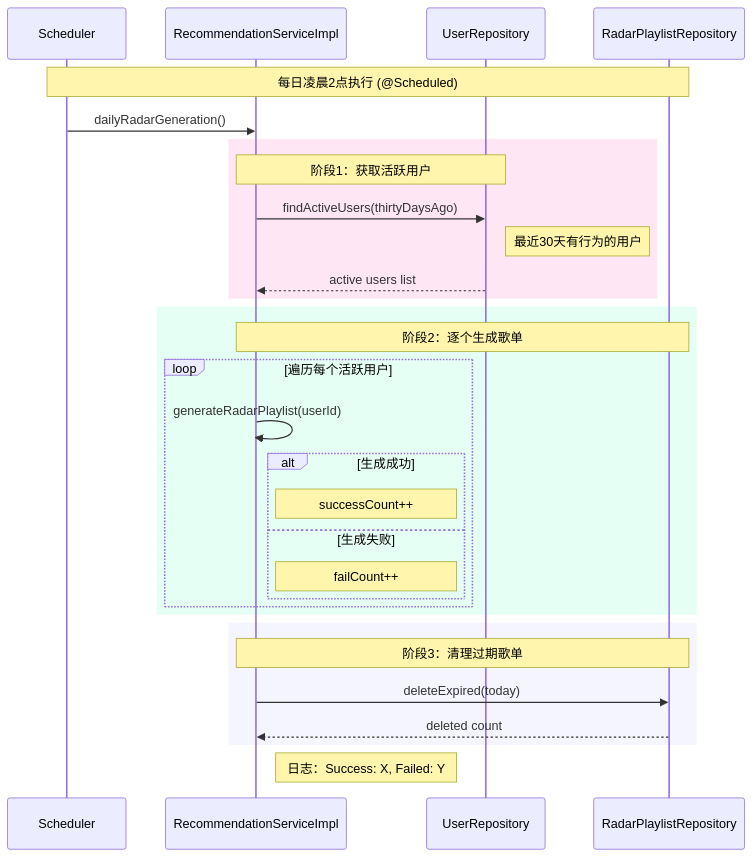
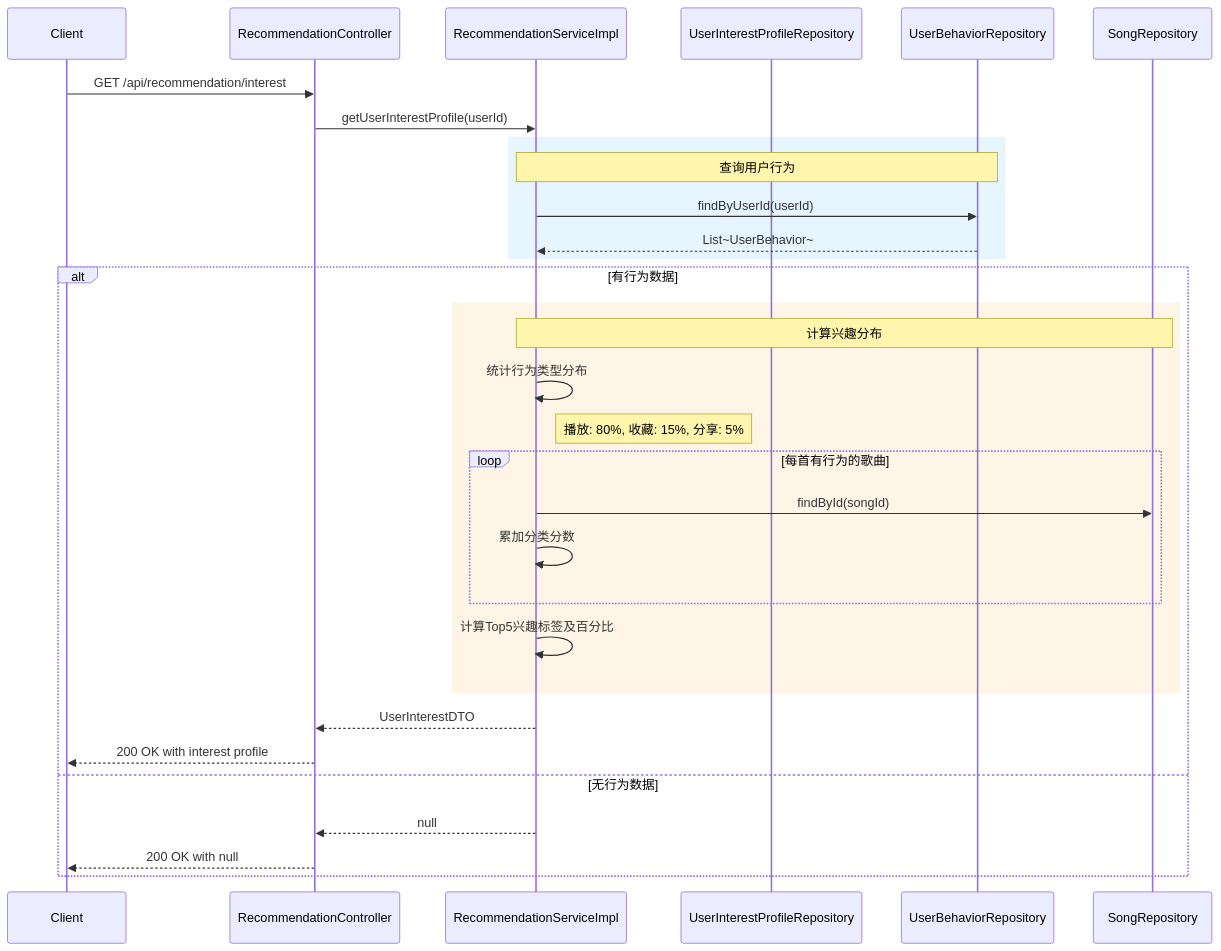
Diagram 13 of 34 in doc/类图与时序图.md (kewangzhen/fly-music), drawn with Mermaid before and after one commit. The commit also changed other lines of this file and 13 other files, not shown here.

First line of the commit message:
feat: 添加Docker部署文件、热门榜单类图时序图细化及ACE-Step服务更新

````diff
--- a/doc/类图与时序图.md
+++ b/doc/类图与时序图.md
@@ -565,39 +720,39 @@
 ```mermaid
 sequenceDiagram
-    participant Scheduler
+    participant Client
+    participant RecommendationController
     participant RecommendationServiceImpl
-    participant UserRepository
-    participant RecommendationServiceImpl
-    participant RadarPlaylistRepository
+    participant UserInterestProfileRepository
+    participant UserBehaviorRepository
+    participant SongRepository
 
-    Note over Scheduler,RadarPlaylistRepository: 每日凌晨2点执行 (@Scheduled)
+    Client->>RecommendationController: GET /api/recommendation/interest
+    RecommendationController->>RecommendationServiceImpl: getUserInterestProfile(userId)
 
-    Scheduler->>RecommendationServiceImpl: dailyRadarGeneration()
-
-    rect rgb(255, 230, 245)
-        Note over RecommendationServiceImpl,UserRepository: 阶段1：获取活跃用户
-        RecommendationServiceImpl->>UserRepository: findActiveUsers(thirtyDaysAgo)
-        Note right of UserRepository: 最近30天有行为的用户
-        UserRepository-->>RecommendationServiceImpl: active users list
+    rect rgb(230, 245, 255)
+        Note over RecommendationServiceImpl,UserBehaviorRepository: 查询用户行为
+        RecommendationServiceImpl->>UserBehaviorRepository: findByUserId(userId)
+        UserBehaviorRepository-->>RecommendationServiceImpl: List~UserBehavior~
     end
 
-    rect rgb(230, 255, 245)
-        Note over RecommendationServiceImpl,RadarPlaylistRepository: 阶段2：逐个生成歌单
-        loop 遍历每个活跃用户
-            RecommendationServiceImpl->>RecommendationServiceImpl: generateRadarPlaylist(userId)
-            alt 生成成功
-                Note right of RecommendationServiceImpl: successCount++
-            else 生成失败
-                Note right of RecommendationServiceImpl: failCount++
+    alt 有行为数据
+        rect rgb(255, 245, 230)
+            Note over RecommendationServiceImpl,SongRepository: 计算兴趣分布
+            RecommendationServiceImpl->>RecommendationServiceImpl: 统计行为类型分布
+            Note right of RecommendationServiceImpl: 播放: 80%, 收藏: 15%, 分享: 5%
+            
+            loop 每首有行为的歌曲
+                RecommendationServiceImpl->>SongRepository: findById(songId)
+                RecommendationServiceImpl->>RecommendationServiceImpl: 累加分类分数
             end
+            
+            RecommendationServiceImpl->>RecommendationServiceImpl: 计算Top5兴趣标签及百分比
         end
+        
+        RecommendationServiceImpl-->>RecommendationController: UserInterestDTO
+        RecommendationController-->>Client: 200 OK with interest profile
+    else 无行为数据
+        RecommendationServiceImpl-->>RecommendationController: null
+        RecommendationController-->>Client: 200 OK with null
     end
-
-    rect rgb(245, 245, 255)
-        Note over RecommendationServiceImpl,RadarPlaylistRepository: 阶段3：清理过期歌单
-        RecommendationServiceImpl->>RadarPlaylistRepository: deleteExpired(today)
-        RadarPlaylistRepository-->>RecommendationServiceImpl: deleted count
-    end
-
-    Note right of RecommendationServiceImpl: 日志：Success: X, Failed: Y
 ```
````
